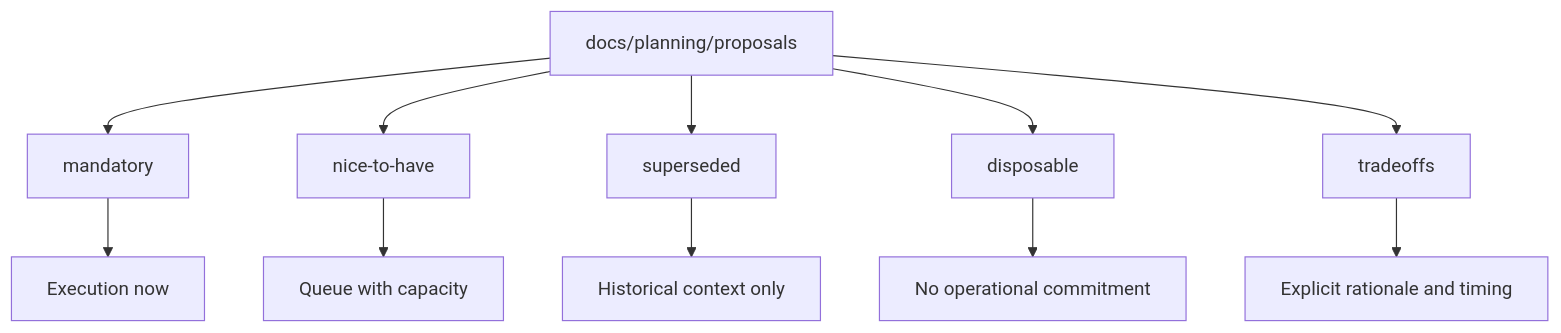
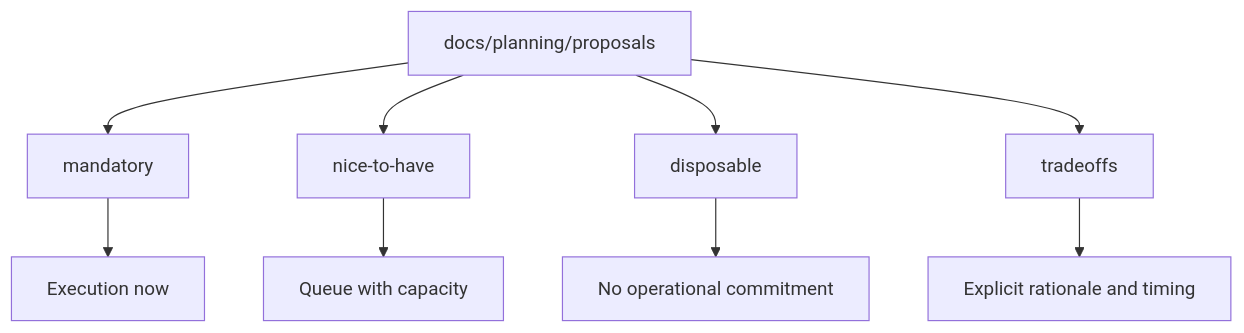
One commit to dunay2/dvt changed the second of 2 diagrams in docs/planning/proposals/tradeoffs/proposal-portfolio-tradeoffs-20260403.md. Above: the diagram before and after it, drawn with Mermaid. The commit also changed other lines of this file and 4 other files, not shown here.

````diff
--- a/docs/planning/proposals/tradeoffs/proposal-portfolio-tradeoffs-20260403.md
+++ b/docs/planning/proposals/tradeoffs/proposal-portfolio-tradeoffs-20260403.md
@@ -28,13 +28,11 @@
 ```mermaid
 flowchart TD
   P[docs/planning/proposals] --> A[mandatory]
   P --> B[nice-to-have]
-  P --> C[superseded]
   P --> D[disposable]
   P --> E[tradeoffs]
   A --> G1[Execution now]
   B --> G2[Queue with capacity]
-  C --> G3[Historical context only]
   D --> G4[No operational commitment]
   E --> G5[Explicit rationale and timing]
 ```
````
